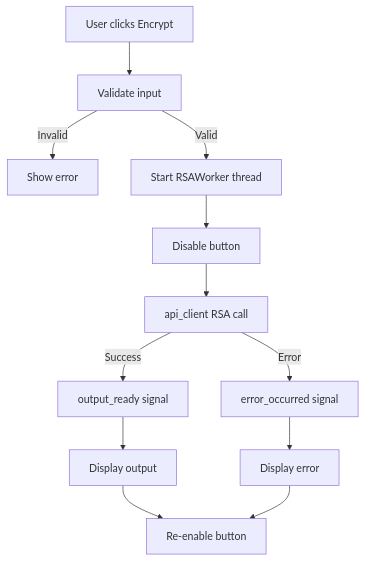
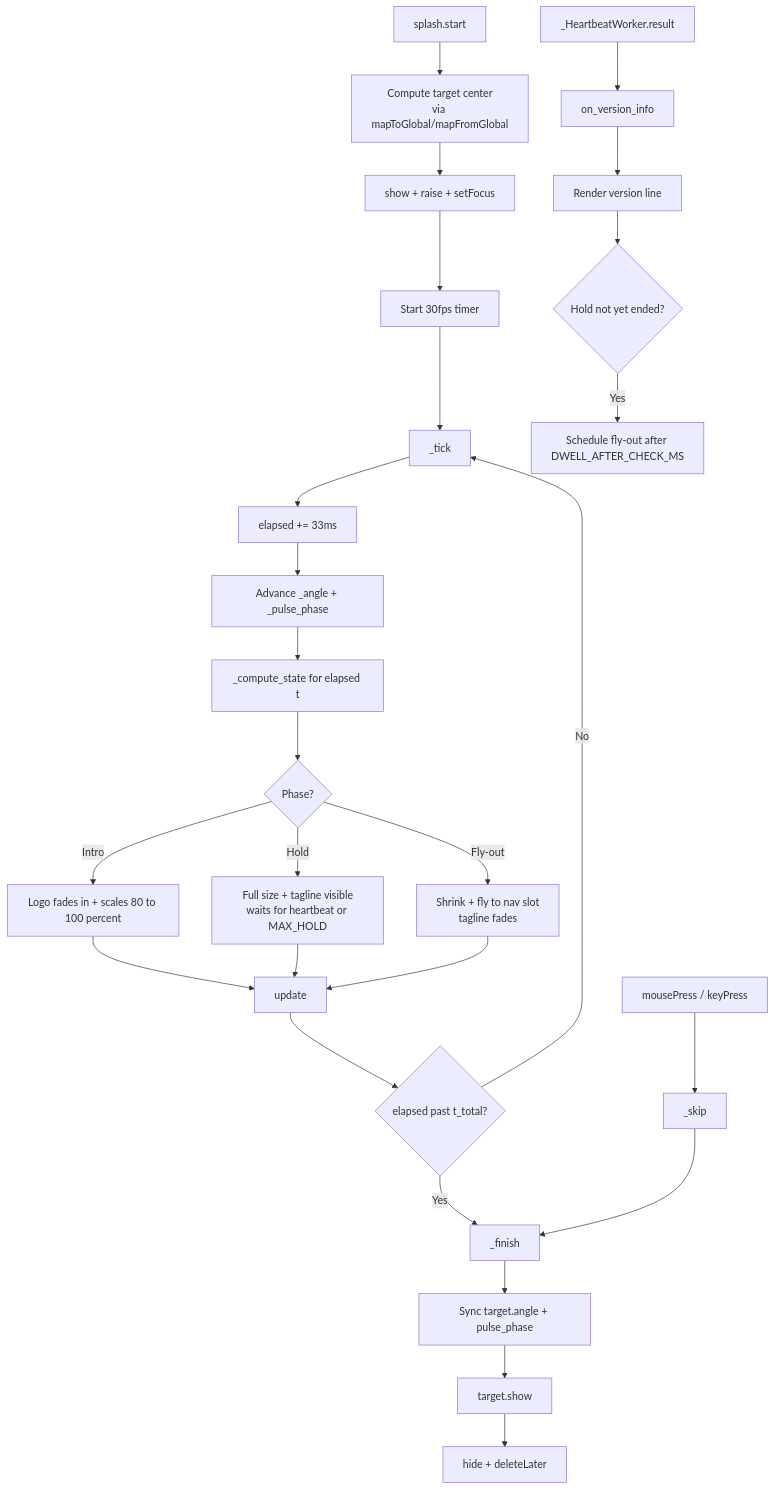
Before and after one commit to Mr-Robotiko/Gilfi: the fourth of 5 diagrams in src/frontend/README.md, drawn with Mermaid. The commit also changed other lines of this file and 69 other files, not shown here.

````diff
--- a/src/frontend/README.md
+++ b/src/frontend/README.md
@@ -307,13 +462,31 @@
 ```mermaid
 flowchart TD
-    A[User clicks Encrypt] --> B[Validate input]
-    B -- Invalid --> C[Show error]
-    B -- Valid --> D[Start RSAWorker thread]
-    D --> E[Disable button]
-    E --> F[api_client RSA call]
-    F -- Success --> G[output_ready signal]
-    F -- Error --> H[error_occurred signal]
-    G --> I[Display output]
-    H --> J[Display error]
-    I & J --> K[Re-enable button]
+    A[splash.start] --> B[Compute target center<br/>via mapToGlobal/mapFromGlobal]
+    B --> C[show + raise + setFocus]
+    C --> D[Start 30fps timer]
+    D --> E[_tick]
+    E --> F[elapsed += 33ms]
+    F --> G[Advance _angle + _pulse_phase]
+    G --> H[_compute_state for elapsed t]
+    H --> I{Phase?}
+    I -- "Intro" --> J[Logo fades in + scales 80 to 100 percent]
+    I -- "Hold" --> K[Full size + tagline visible<br/>waits for heartbeat or MAX_HOLD]
+    I -- "Fly-out" --> L[Shrink + fly to nav slot<br/>tagline fades]
+    J & K & L --> M[update]
+    M --> N{elapsed past t_total?}
+    N -- No --> E
+    N -- Yes --> O[_finish]
+    O --> P[Sync target.angle + pulse_phase]
+    P --> Q[target.show]
+    Q --> R[hide + deleteLater]
+
+    %% Heartbeat path
+    HB[_HeartbeatWorker.result] --> HC[on_version_info]
+    HC --> HD[Render version line]
+    HD --> HE{Hold not yet ended?}
+    HE -- Yes --> HF[Schedule fly-out after DWELL_AFTER_CHECK_MS]
+
+    %% Skip path
+    S[mousePress / keyPress] --> T[_skip]
+    T --> O
 ```
````
